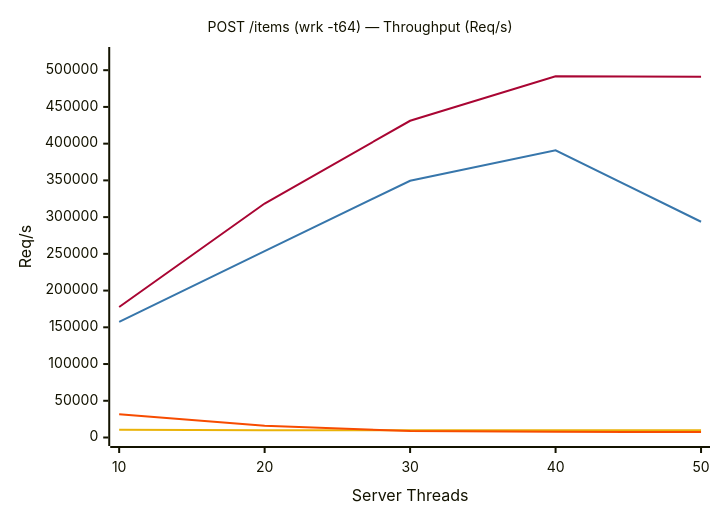
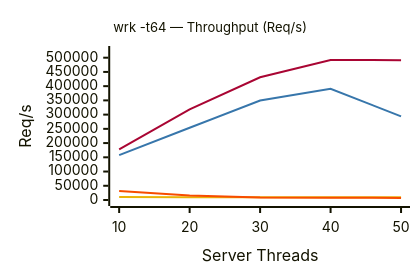
One commit to erlpython/epython changed the fourth of 4 diagrams in README.md. Above: the diagram before and after it, drawn with Mermaid. The commit also changed other lines of this file, not shown here.

````diff
--- a/README.md
+++ b/README.md
@@ -277,18 +137,20 @@
 ```mermaid
 ---
 config:
   xyChart:
-    titleFontSize: 14
+    width: 400
+    height: 260
+    titleFontSize: 13
   themeVariables:
     xyChart:
       plotColorPalette: "#A90533, #3776AB, #EAB308, #F74C00"
 ---
 xychart-beta
-    title "POST /items (wrk -t64) — Throughput (Req/s)"
+    title "wrk -t64 — Throughput (Req/s)"
     x-axis "Server Threads" ["10", "20", "30", "40", "50"]
     y-axis "Req/s" 0 --> 520000
     line [177588, 318483, 431137, 491831, 491233]
     line [157480, 253820, 349458, 391047, 293681]
     line [10479, 9984, 10000, 9785, 9909]
     line [31792, 15965, 8753, 7760, 7422]
 ```
````
